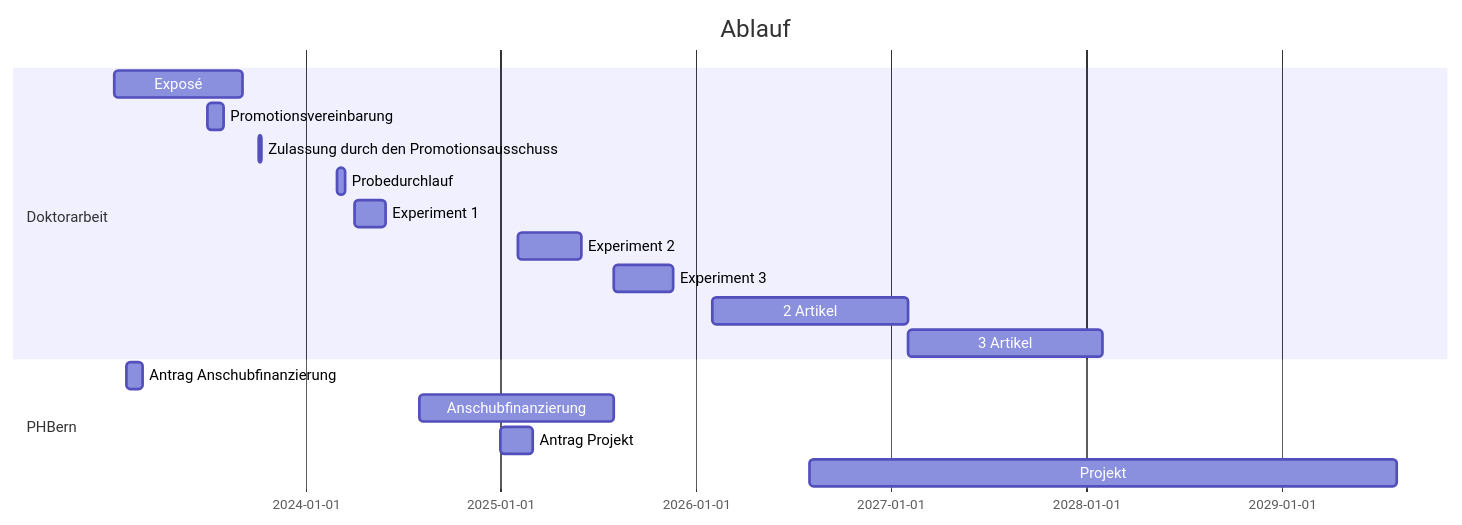
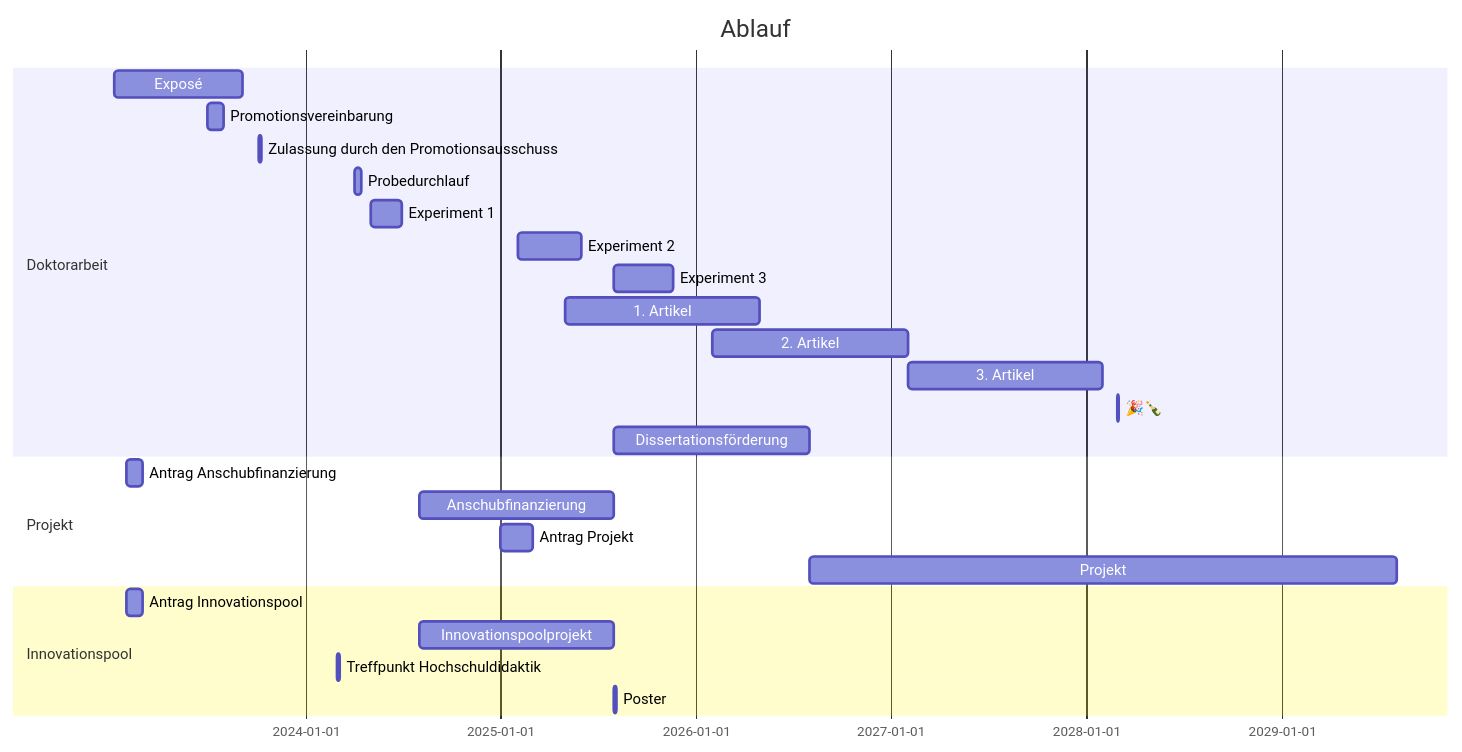
The diagram in tagungsunterlagen/2024_03_04_kolloquium_fachdidaktik.qmd (PHBern-RConrardy/lerngelegenheiten), drawn with Mermaid before and after one commit. The commit also changed other lines of this file and 9 other files, not shown here.

````diff
--- a/tagungsunterlagen/2024_03_04_kolloquium_fachdidaktik.qmd
+++ b/tagungsunterlagen/2024_03_04_kolloquium_fachdidaktik.qmd
@@ -28,22 +28,31 @@
 ```{mermaid}
 gantt
     title Ablauf
     dateFormat YYYY-MM-DD
     section Vorbereitung
     section Doktorarbeit
         Exposé: e0, 2023-01-08, 240d
         Promotionsvereinbarung: pv, 2023-07-01, 30d
         Zulassung durch den Promotionsausschuss: zp, 2023-10-05, 5d
-        Probedurchlauf: pdl, 2024-03-01,14d
-        Experiment 1          :  e1, 2024-04-01, 60d
+        Probedurchlauf: pdl, 2024-04-01,14d
+        Experiment 1          :  e1, 2024-05-01, 60d
         Experiment 2    : e2, 2025-02-01, 120d
         Experiment 3: e3, 2025-08-01, 110d
-        2 Artikel : art2, 2026-02-01, 365d
-        3 Artikel : art3, 2027-02-01, 365d
+        1. Artikel : art1, 2025-05-01, 365d
+        2. Artikel : art2, 2026-02-01, 365d
+        3. Artikel : art3, 2027-02-01, 365d
+        🎉🍾: cha, 2028-03-01,1d
+        Dissertationsförderung: diss, 2025-08-01, 365d
 
-    section PHBern
+    section Projekt
         Antrag Anschubfinanzierung: a0, 2023-02-01, 30d
         Anschubfinanzierung: a1, 2024-08-01, 365d
         Antrag Projekt: p0, 2025-01-01, 60d
-        Projekt: p1, 2026-08-01, 1100d  
+        Projekt: p1, 2026-08-01, 1100d
+        
+    section Innovationspool
+        Antrag Innovationspool: i0, 2023-02-01, 30d
+        Innovationspoolprojekt: i1, 2024-08-01, 365d
+        Treffpunkt Hochschuldidaktik: i2, 2024-03-01, 5d
+        Poster: i3, 2025-08-01, 5d
 ```
````
